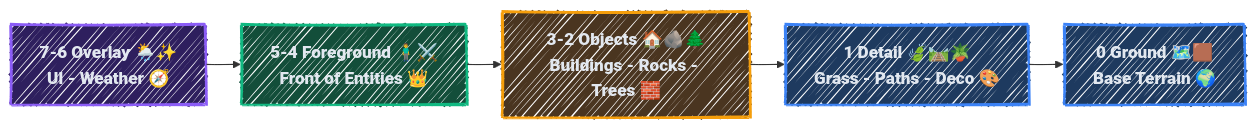
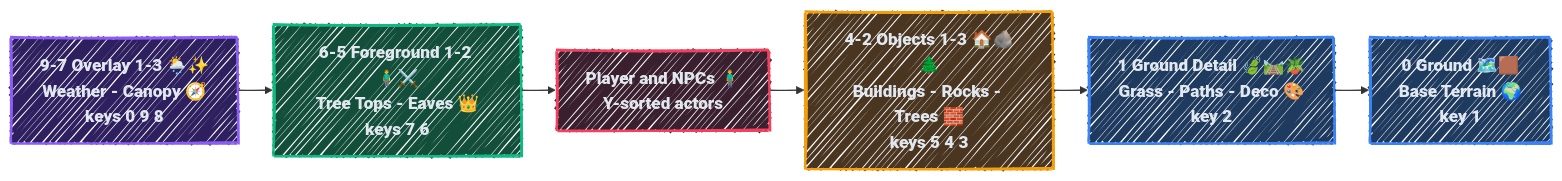
The second of 5 diagrams in README.md (baaz777/rift), drawn with Mermaid before and after one commit. The commit also changed other lines of this file, not shown here.

````diff
--- a/README.md
+++ b/README.md
@@ -238,24 +264,26 @@
 ```mermaid
 ---
 config:
   look: handDrawn
   theme: mc
   themeVariables:
     fontSize: 18px
   layout: elk
 ---
 flowchart LR
   classDef ov fill:#2e1f5e,stroke:#8b5cf6,stroke-width:2.5px,color:#e2e8f0,font-weight:800
   classDef fg fill:#134e3a,stroke:#10b981,stroke-width:2.5px,color:#e2e8f0,font-weight:800
   classDef ob fill:#4a3520,stroke:#f59e0b,stroke-width:2.5px,color:#e2e8f0,font-weight:800
   classDef gr fill:#1e3a5f,stroke:#3b82f6,stroke-width:2.5px,color:#e2e8f0,font-weight:800
+  classDef act fill:#3a1f2e,stroke:#f43f5e,stroke-width:2.5px,color:#e2e8f0,font-weight:800
 
-  O["7-6 Overlay 🌦️✨<br/>UI - Weather 🧭"]:::ov
-  F["5-4 Foreground 🧍‍♂️⚔️<br/>Front of Entities 👑"]:::fg
-  B["3-2 Objects 🏠🪨🌲<br/>Buildings - Rocks - Trees 🧱"]:::ob
-  G["1 Detail 🍃🛤️🪴<br/>Grass - Paths - Deco 🎨"]:::gr
-  T["0 Ground 🗺️🟫<br/>Base Terrain 🌍"]:::gr
+  O["9-7 Overlay 1-3 🌦️✨<br/>Weather - Canopy 🧭<br/>keys 0 9 8"]:::ov
+  F["6-5 Foreground 1-2 🧍‍♂️⚔️<br/>Tree Tops - Eaves 👑<br/>keys 7 6"]:::fg
+  P["Player and NPCs 🧍‍♂️<br/>Y-sorted actors"]:::act
+  B["4-2 Objects 1-3 🏠🪨🌲<br/>Buildings - Rocks - Trees 🧱<br/>keys 5 4 3"]:::ob
+  G["1 Ground Detail 🍃🛤️🪴<br/>Grass - Paths - Deco 🎨<br/>key 2"]:::gr
+  T["0 Ground 🗺️🟫<br/>Base Terrain 🌍<br/>key 1"]:::gr
 
-  O --> F --> B --> G --> T
+  O --> F --> P --> B --> G --> T
 
 ```
````
